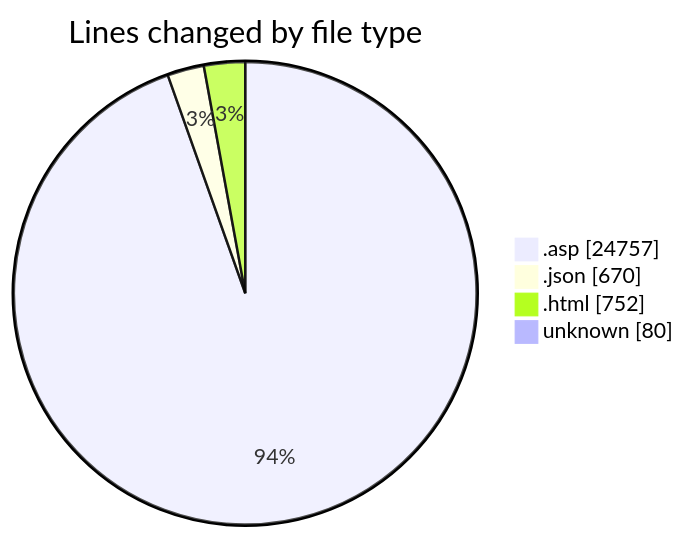
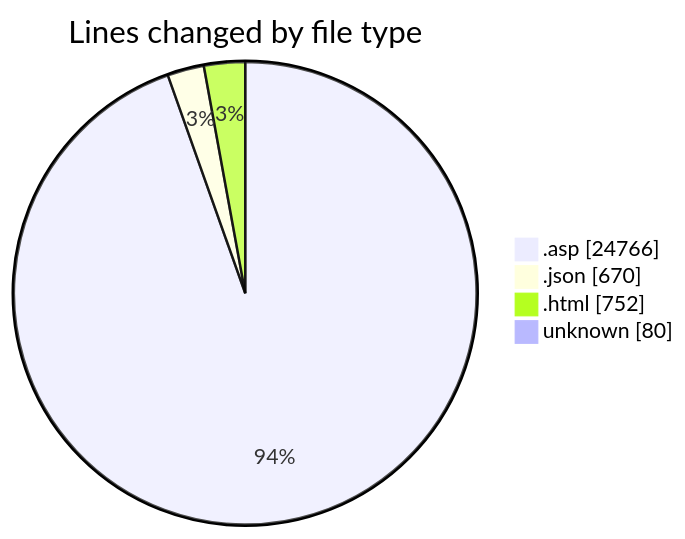
Before and after one commit to julien-gomy/code-tracking: the first of 2 diagrams in 2025-11-01/cdp_aleoudev_fr__workspace_/README.md, drawn with Mermaid. The commit also changed other lines of this file and 1 other file, not shown here.

````diff
--- a/2025-11-01/cdp_aleoudev_fr__workspace_/README.md
+++ b/2025-11-01/cdp_aleoudev_fr__workspace_/README.md
@@ -35,8 +35,8 @@
 ```mermaid
 pie showData
 title Lines changed by file type
-".asp" : 24757
+".asp" : 24766
 ".json" : 670
 ".html" : 752
 "unknown" : 80
 ```
````
